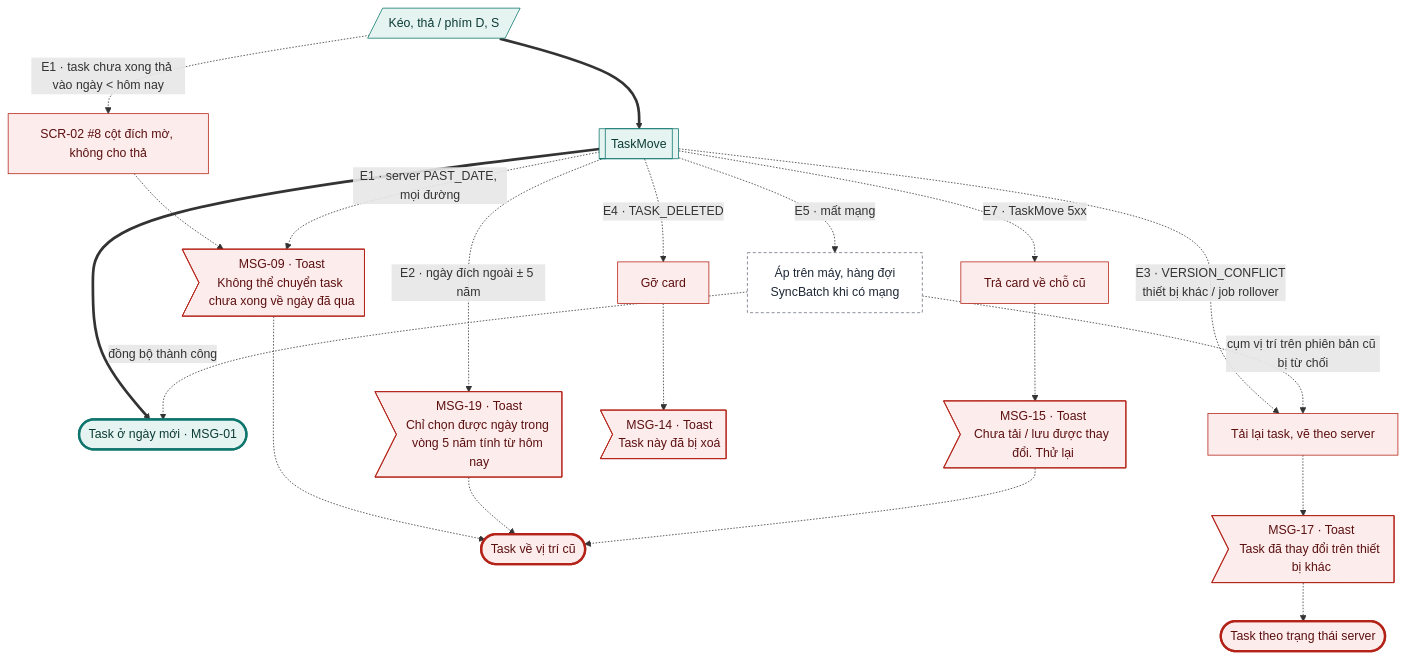
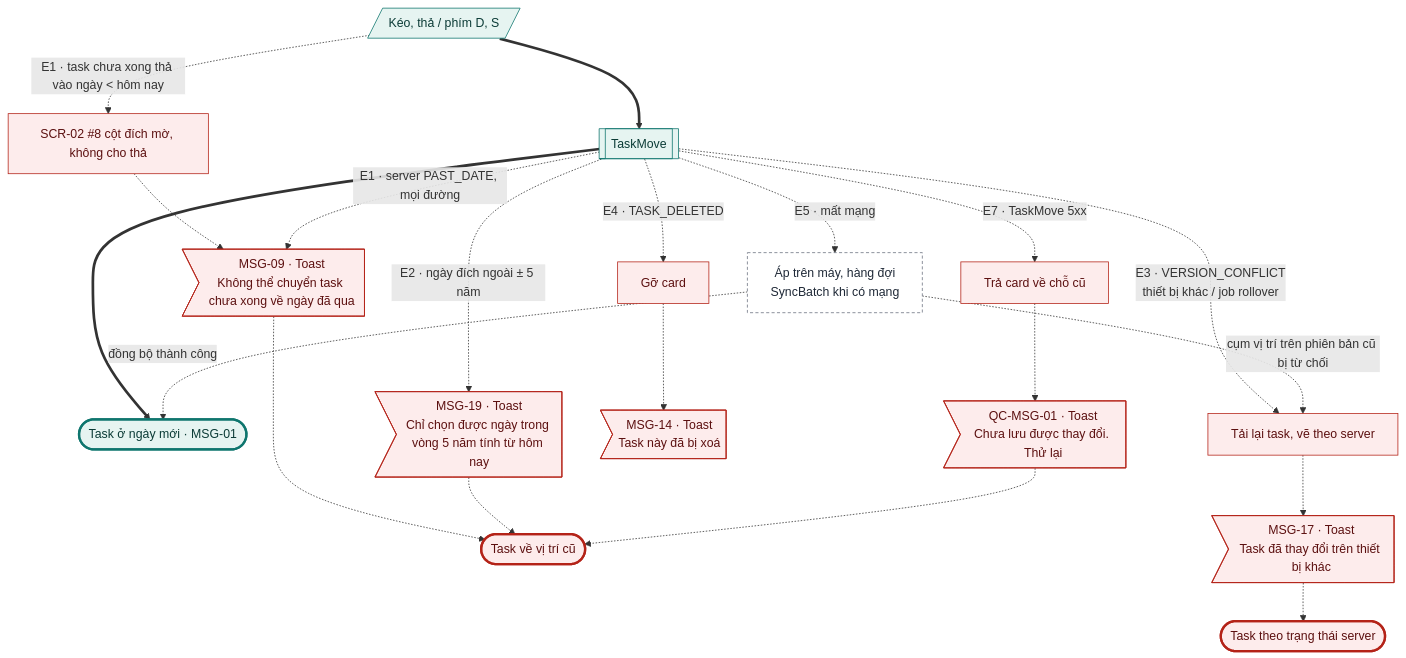
The ninth of 20 diagrams in docs/design-brief/flow/g04-board-ngay.md (tannguyenho/personal-app), drawn with Mermaid before and after one commit. The commit also changed other lines of this file and 6 other files, not shown here.

First line of the commit message:
docs(G02, G04): áp quyết định PO 09/11 vào SRS, PRD, flow; IA trỏ mã mới

````diff
--- a/docs/design-brief/flow/g04-board-ngay.md
+++ b/docs/design-brief/flow/g04-board-ngay.md
@@ -369,40 +373,40 @@
 ```mermaid
 flowchart TD
   u1[/"Kéo, thả / phím D, S"/]
   p1[["TaskMove"]]
   ok(["Task ở ngày mới · MSG-01"])
   u1 ==> p1 ==> ok
 
   u1 -.->|"E1 · task chưa xong thả vào ngày < hôm nay"| e1["SCR-02 #8 cột đích mờ, không cho thả"]
   e1 -.-> e1m>"MSG-09 · Toast<br/>Không thể chuyển task chưa xong về ngày đã qua"]
   p1 -.->|"E1 · server PAST_DATE, mọi đường"| e1m
   e1m -.-> fail(["Task về vị trí cũ"])
   p1 -.->|"E2 · ngày đích ngoài ± 5 năm"| e2m>"MSG-19 · Toast<br/>Chỉ chọn được ngày trong vòng 5 năm tính từ hôm nay"]
   e2m -.-> fail
   p1 -.->|"E3 · VERSION_CONFLICT<br/>thiết bị khác / job rollover"| e3["Tải lại task, vẽ theo server"]
   e3 -.-> e3m>"MSG-17 · Toast<br/>Task đã thay đổi trên thiết bị khác"]
   e3m -.-> e3e(["Task theo trạng thái server"])
   p1 -.->|"E4 · TASK_DELETED"| e4["Gỡ card"]
   e4 -.-> e4m>"MSG-14 · Toast<br/>Task này đã bị xoá"]
   p1 -.->|"E5 · mất mạng"| e5["Áp trên máy, hàng đợi<br/>SyncBatch khi có mạng"]
   e5 -.->|"đồng bộ thành công"| ok
   e5 -.->|"cụm vị trí trên phiên bản cũ bị từ chối"| e3
   p1 -.->|"E7 · TaskMove 5xx"| e7["Trả card về chỗ cũ"]
-  e7 -.-> e7m>"MSG-15 · Toast<br/>Chưa tải / lưu được thay đổi. Thử lại"]
+  e7 -.-> e7m>"QC-MSG-01 · Toast<br/>Chưa lưu được thay đổi. Thử lại"]
   e7m -.-> fail
 
   class u1,p1 happy
   class e1,e1m,e2m,e3,e3m,e4,e4m,e7,e7m err
   class e5 sync
   class ok done
   class fail,e3e fail
   classDef happy fill:#E6F4F1,stroke:#0F766E,color:#0B3B36
   classDef alt fill:#F1F3F5,stroke:#6B7280,color:#1F2937
   classDef err fill:#FDECEC,stroke:#B42318,color:#5C1010
   classDef warn fill:#FEF4E2,stroke:#B45309,color:#4A2604
   classDef ai fill:#F1ECFD,stroke:#6D28D9,color:#2E1065
   classDef sync fill:#FFFFFF,stroke:#6B7280,stroke-dasharray:4 3,color:#1F2937
   classDef link fill:#FFFFFF,stroke:#0F766E,stroke-dasharray:4 3,color:#0B3B36
   classDef done fill:#E6F4F1,stroke:#0F766E,stroke-width:3px,color:#0B3B36
   classDef fail fill:#FDECEC,stroke:#B42318,stroke-width:3px,color:#5C1010
 ```
````
